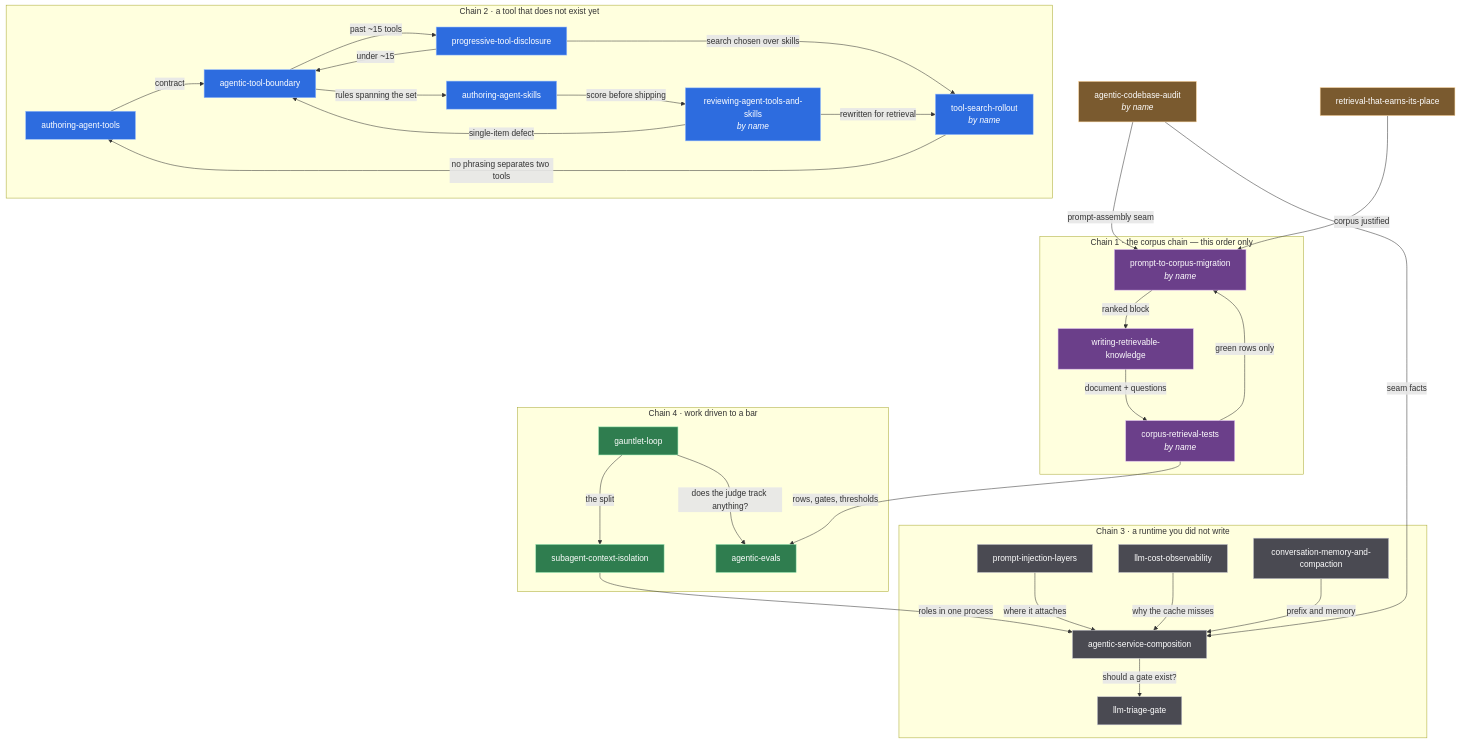
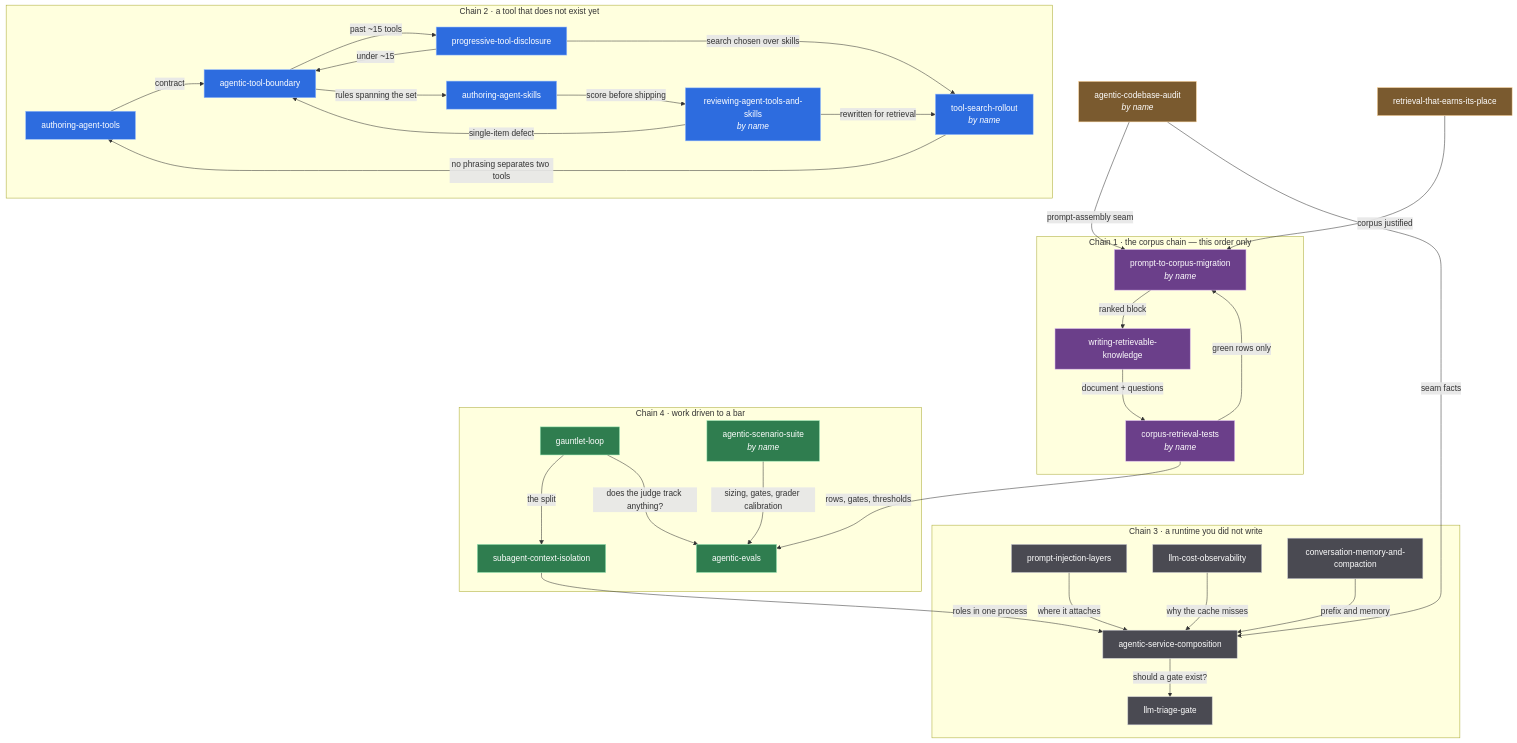
Before and after one commit to rodrigorjsf/java-micronaut-langchain4j-poc: the diagram in docs/06-skills.md, drawn with Mermaid. The commit also changed other lines of this file and 5 other files, not shown here.

First line of the commit message:
feat(skills): add agentic-scenario-suite skill

````diff
--- a/docs/06-skills.md
+++ b/docs/06-skills.md
@@ -75,73 +75,75 @@
 ```mermaid
 flowchart TB
     classDef entry fill:#7a5a2f,stroke:#ffd9a0,color:#ffffff
     classDef corpus fill:#6b3f8a,stroke:#d9b8ef,color:#ffffff
     classDef tools fill:#2d6cdf,stroke:#9ec1ff,color:#ffffff
     classDef runtime fill:#4a4a52,stroke:#c9c9d1,color:#ffffff
     classDef bar fill:#2f7d4f,stroke:#9ae6b4,color:#ffffff
 
     AU["agentic-codebase-audit<br/><i>by name</i>"]
     RT["retrieval-that-earns-its-place"]
 
     subgraph C1["Chain 1 · the corpus chain — this order only"]
         PM["prompt-to-corpus-migration<br/><i>by name</i>"]
         WK["writing-retrievable-knowledge"]
         CT["corpus-retrieval-tests<br/><i>by name</i>"]
     end
 
     subgraph C2["Chain 2 · a tool that does not exist yet"]
         AT["authoring-agent-tools"]
         BND["agentic-tool-boundary"]
         PD["progressive-tool-disclosure"]
         AS["authoring-agent-skills"]
         RV["reviewing-agent-tools-and-skills<br/><i>by name</i>"]
         TSR["tool-search-rollout<br/><i>by name</i>"]
     end
 
     subgraph C3["Chain 3 · a runtime you did not write"]
         SC["agentic-service-composition"]
         PI["prompt-injection-layers"]
         CO["llm-cost-observability"]
         MEM["conversation-memory-and-compaction"]
         TG["llm-triage-gate"]
     end
 
     subgraph C4["Chain 4 · work driven to a bar"]
         GL["gauntlet-loop"]
         SA["subagent-context-isolation"]
         EV["agentic-evals"]
+        SS["agentic-scenario-suite<br/><i>by name</i>"]
     end
 
     RT -->|"corpus justified"| PM
     AU -->|"prompt-assembly seam"| PM
     PM -->|"ranked block"| WK
     WK -->|"document + questions"| CT
     CT -->|"green rows only"| PM
     CT -->|"rows, gates, thresholds"| EV
 
     AT -->|"contract"| BND
     BND -->|"past ~15 tools"| PD
     PD -->|"under ~15"| BND
     BND -->|"rules spanning the set"| AS
     AS -->|"score before shipping"| RV
     RV -->|"single-item defect"| BND
     PD -->|"search chosen over skills"| TSR
     RV -->|"rewritten for retrieval"| TSR
     TSR -->|"no phrasing separates two tools"| AT
 
     AU -->|"seam facts"| SC
     PI -->|"where it attaches"| SC
     CO -->|"why the cache misses"| SC
     MEM -->|"prefix and memory"| SC
     SC -->|"should a gate exist?"| TG
 
     GL -->|"the split"| SA
     GL -->|"does the judge track anything?"| EV
+    SS -->|"sizing, gates, grader calibration"| EV
     SA -->|"roles in one process"| SC
 
     class AU,RT entry
     class PM,WK,CT corpus
     class AT,BND,PD,AS,RV,TSR tools
     class SC,PI,CO,MEM,TG runtime
-    class GL,SA,EV bar
+    class GL,SA,EV,SS bar
 ```
````
